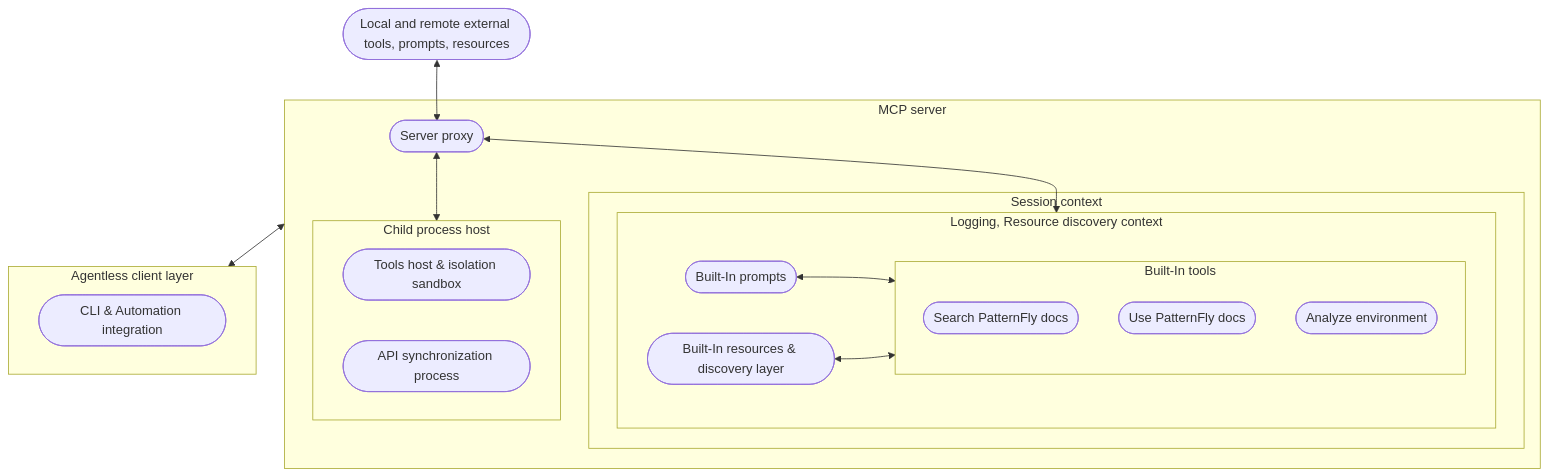
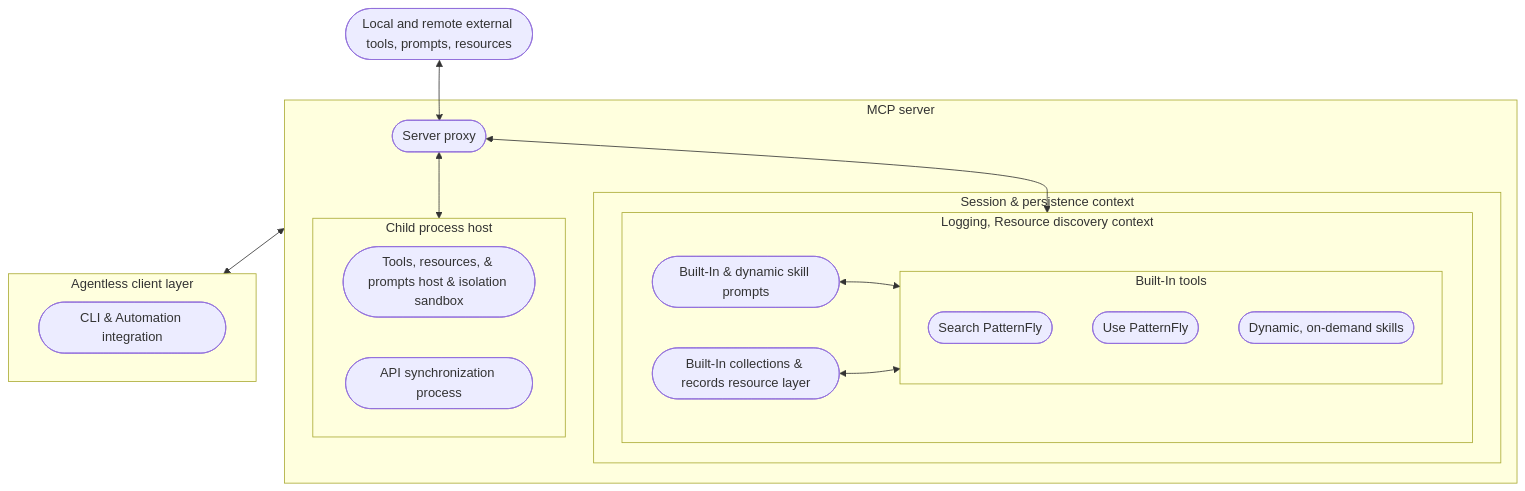
The second of 2 diagrams in docs/architecture.md (patternfly/patternfly-mcp), drawn with Mermaid before and after one commit. The commit also changed other lines of this file and 11 other files, not shown here.

````diff
--- a/docs/architecture.md
+++ b/docs/architecture.md
@@ -103,31 +119,31 @@
 ```mermaid
 flowchart TD
   subgraph A1["MCP server"]
-    subgraph E1["Session context"]
+    subgraph E1["Session & persistence context"]
       subgraph F1["Logging, Resource discovery context"]
-        F1C(["Built-In prompts"])
+        F1C(["Built-In & dynamic skill prompts"])
         F1C <--> F1A
         subgraph F1A["Built-In tools"]
-          F1AA(["Search PatternFly docs"])
-          F1AB(["Use PatternFly docs"])
-          F1AC(["Analyze environment"])
+          F1AA(["Search PatternFly"])
+          F1AB(["Use PatternFly"])
+          F1AC(["Dynamic, on-demand skills"])
         end
         F1B <--> F1A
-        F1B(["Built-In resources & discovery layer"])
+        F1B(["Built-In collections & records resource layer"])
       end
     end
     D1(["Server proxy"])
     D1 <--> F1
     subgraph G1["Child process host"]
-      G1A(["Tools host & isolation sandbox"])
+      G1A(["Tools, resources, & prompts host & isolation sandbox"])
       G1B(["API synchronization process"])
     end
     D1 <--> G1
   end
   subgraph H1["Agentless client layer"]
     H1A(["CLI & Automation integration"])
   end
   A1 <--> H1
   B1(["Local and remote external tools, prompts, resources"])
   B1 <--> D1
 ```
````
